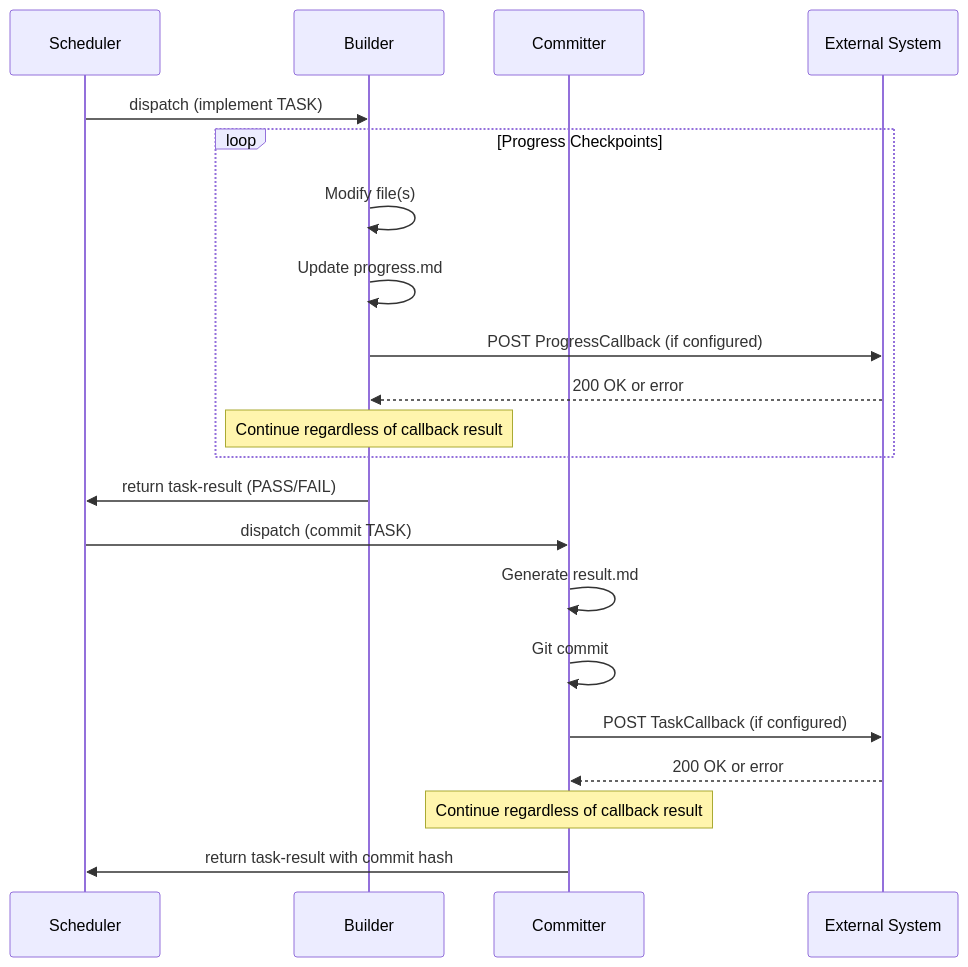
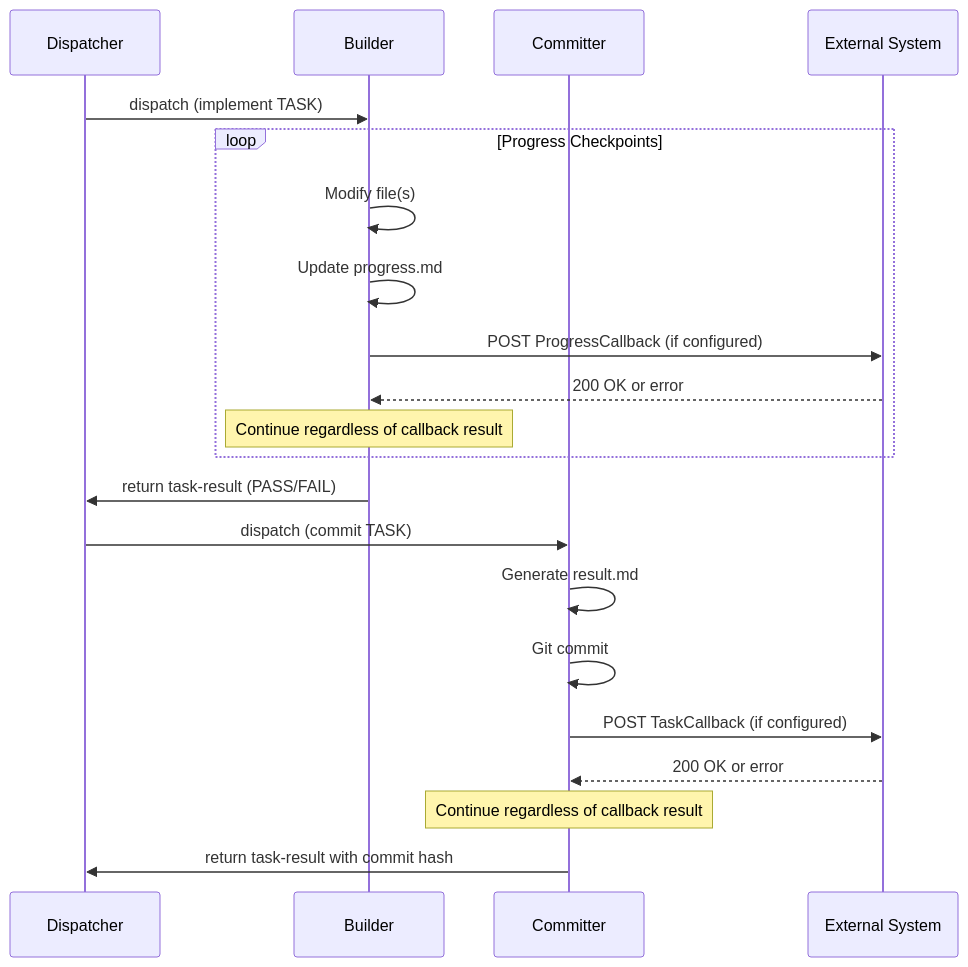
The second of 2 diagrams in docs/spec_callback-integration.md (UCJung/uc-taskmanager-claude-agent), drawn with Mermaid before and after one commit. The commit also changed other lines of this file and 2 other files, not shown here.

````diff
--- a/docs/spec_callback-integration.md
+++ b/docs/spec_callback-integration.md
@@ -199,27 +230,27 @@
 ```mermaid
 sequenceDiagram
-    participant Scheduler
+    participant Dispatcher
     participant Builder
     participant Committer
     participant External System
 
-    Scheduler->>Builder: dispatch (implement TASK)
+    Dispatcher->>Builder: dispatch (implement TASK)
 
     loop Progress Checkpoints
         Builder->>Builder: Modify file(s)
         Builder->>Builder: Update progress.md
         Builder->>External System: POST ProgressCallback (if configured)
         External System-->>Builder: 200 OK or error
         Note over Builder: Continue regardless of callback result
     end
 
-    Builder->>Scheduler: return task-result (PASS/FAIL)
+    Builder->>Dispatcher: return task-result (PASS/FAIL)
 
-    Scheduler->>Committer: dispatch (commit TASK)
+    Dispatcher->>Committer: dispatch (commit TASK)
     Committer->>Committer: Generate result.md
     Committer->>Committer: Git commit
     Committer->>External System: POST TaskCallback (if configured)
     External System-->>Committer: 200 OK or error
     Note over Committer: Continue regardless of callback result
-    Committer->>Scheduler: return task-result with commit hash
+    Committer->>Dispatcher: return task-result with commit hash
 ```
````
